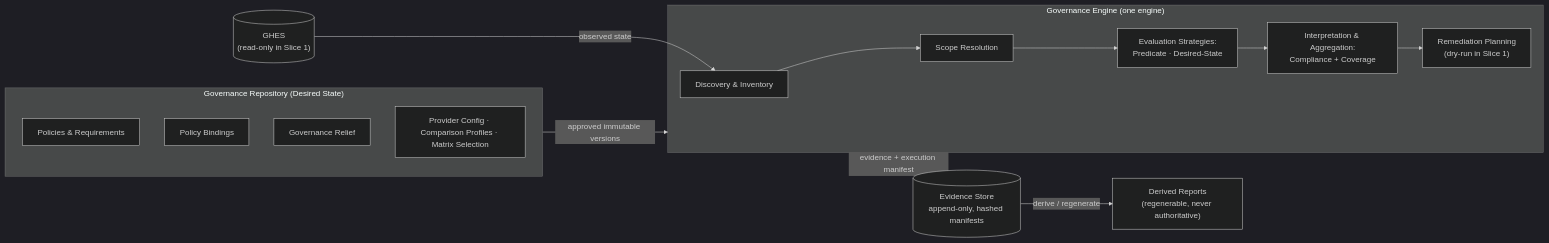
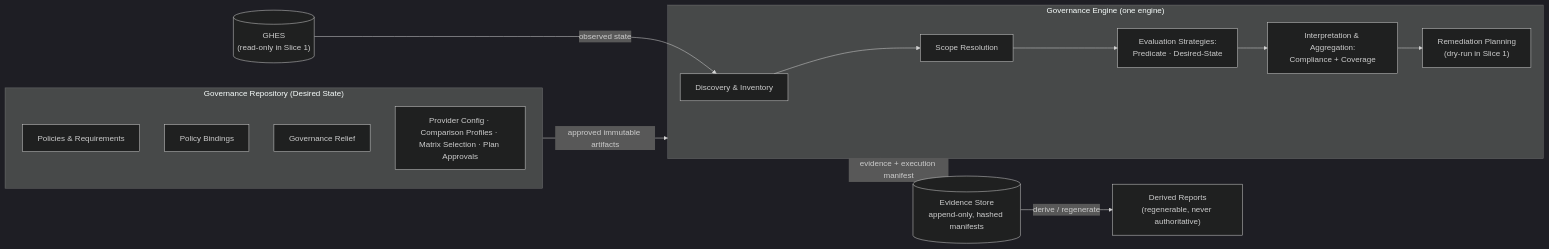
Before and after one commit to a24577t/ghes-governance: the diagram in .ai/architecture/architecture-baseline-v1.md, drawn with Mermaid (dark theme). The commit also changed other lines of this file and 18 other files, not shown here.

````diff
--- a/.ai/architecture/architecture-baseline-v1.md
+++ b/.ai/architecture/architecture-baseline-v1.md
@@ -47,25 +49,25 @@
 ```mermaid
 flowchart LR
     subgraph DS["Governance Repository (Desired State)"]
         P["Policies & Requirements"]
         B["Policy Bindings"]
         GR["Governance Relief"]
-        CFG["Provider Config · Comparison Profiles · Matrix Selection"]
+        CFG["Provider Config · Comparison Profiles · Matrix Selection · Plan Approvals"]
     end
 
     subgraph ENG["Governance Engine (one engine)"]
         D["Discovery & Inventory"] --> SR["Scope Resolution"]
         SR --> EV["Evaluation Strategies:<br/>Predicate · Desired-State"]
         EV --> GI["Interpretation & Aggregation:<br/>Compliance + Coverage"]
         GI --> RP["Remediation Planning<br/>(dry-run in Slice 1)"]
     end
 
     GHES[("GHES<br/>(read-only in Slice 1)")]
     EST[("Evidence Store<br/>append-only, hashed manifests")]
     REP["Derived Reports<br/>(regenerable, never authoritative)"]
 
-    DS -- "approved immutable versions" --> ENG
+    DS -- "approved immutable artifacts" --> ENG
     GHES -- "observed state" --> D
     ENG -- "evidence + execution manifest" --> EST
     EST -- "derive / regenerate" --> REP
 ```
````
